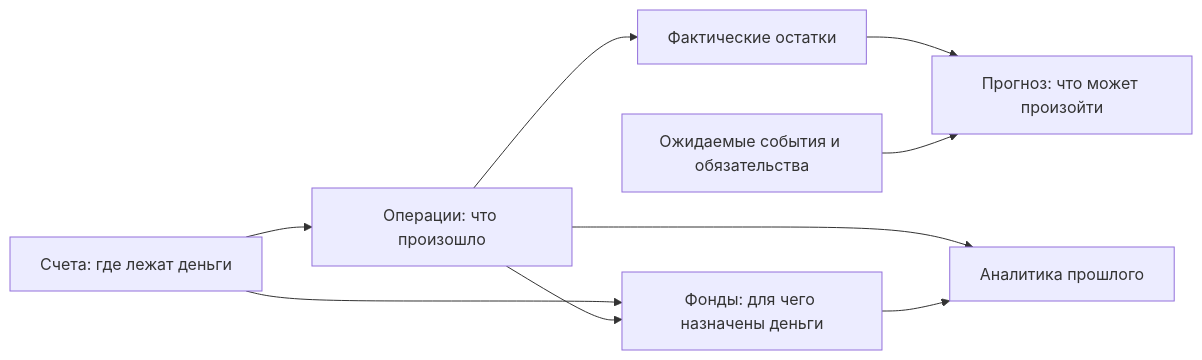
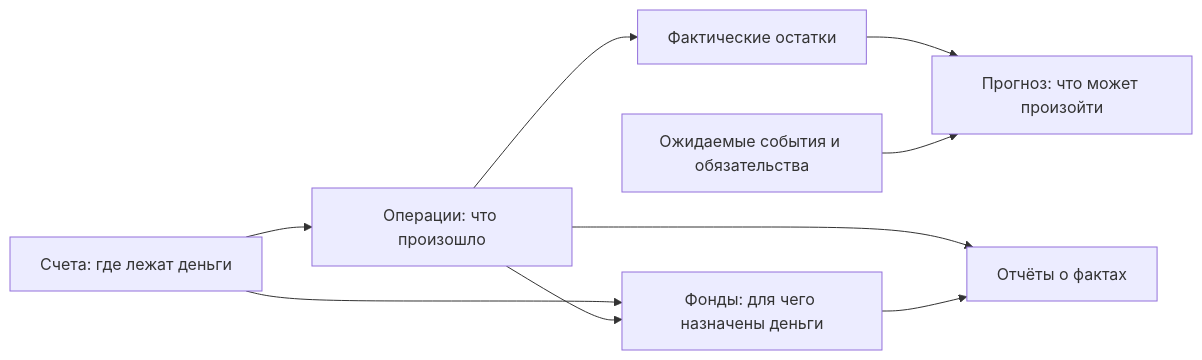
Before and after one commit to Gollardo/hermes: the diagram in docs/ui-ux/information-architecture.md, drawn with Mermaid. The commit also changed other lines of this file and 72 other files, not shown here.

````diff
--- a/docs/ui-ux/information-architecture.md
+++ b/docs/ui-ux/information-architecture.md
@@ -139,11 +139,11 @@
 ```mermaid
 flowchart LR
     Accounts["Счета: где лежат деньги"] --> Operations["Операции: что произошло"]
     Operations --> Balances["Фактические остатки"]
     Accounts --> Funds["Фонды: для чего назначены деньги"]
     Operations --> Funds
     Balances --> Forecast["Прогноз: что может произойти"]
     Expected["Ожидаемые события и обязательства"] --> Forecast
-    Operations --> Analysis["Аналитика прошлого"]
-    Funds --> Analysis
+    Operations --> Reports["Отчёты о фактах"]
+    Funds --> Reports
 ```
````
